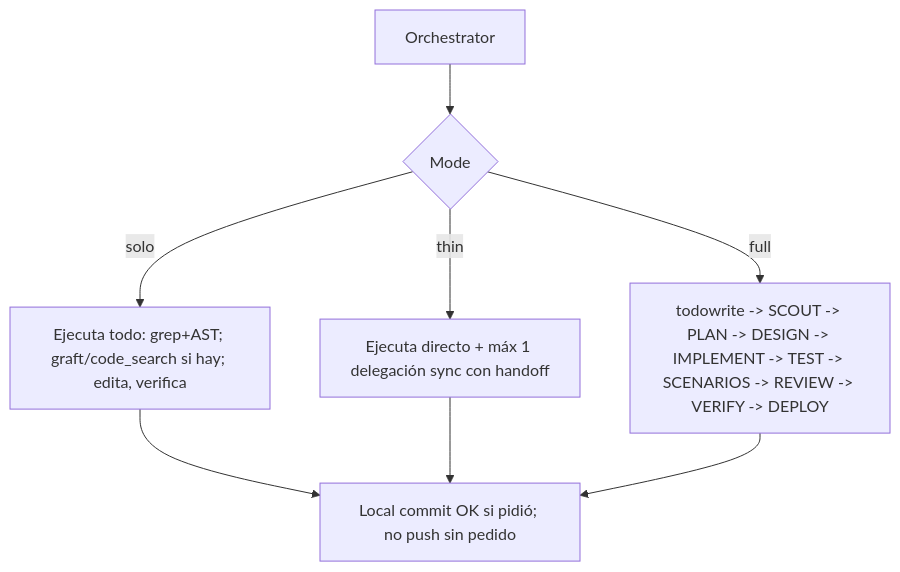
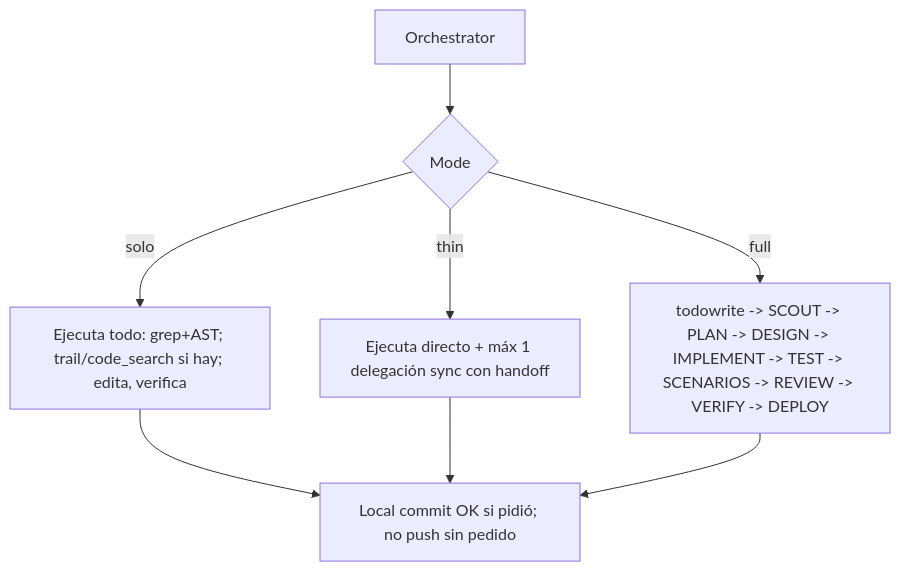
Before and after one commit to YoizenSA/dev-ai-workflow: the third of 5 diagrams in docs/src/content/docs/agents/orchestrator.mdx, drawn with Mermaid. The commit also changed other lines of this file and 72 other files, not shown here.

First line of the commit message:
feat(ywai)!: migrate graft to trail

````diff
--- a/docs/src/content/docs/agents/orchestrator.mdx
+++ b/docs/src/content/docs/agents/orchestrator.mdx
@@ -95,10 +95,10 @@
 ```mermaid
 flowchart TD
     O[Orchestrator] --> M{Mode}
-    M -->|solo| A[Ejecuta todo: grep+AST; graft/code_search si hay; edita, verifica]
+    M -->|solo| A[Ejecuta todo: grep+AST; trail/code_search si hay; edita, verifica]
     M -->|thin| B[Ejecuta directo + máx 1 delegación sync con handoff]
     M -->|full| C[todowrite -> SCOUT -> PLAN -> DESIGN -> IMPLEMENT -> TEST -> SCENARIOS -> REVIEW -> VERIFY -> DEPLOY]
     A --> D[Local commit OK si pidió; no push sin pedido]
     B --> D
     C --> D
 ```
````
